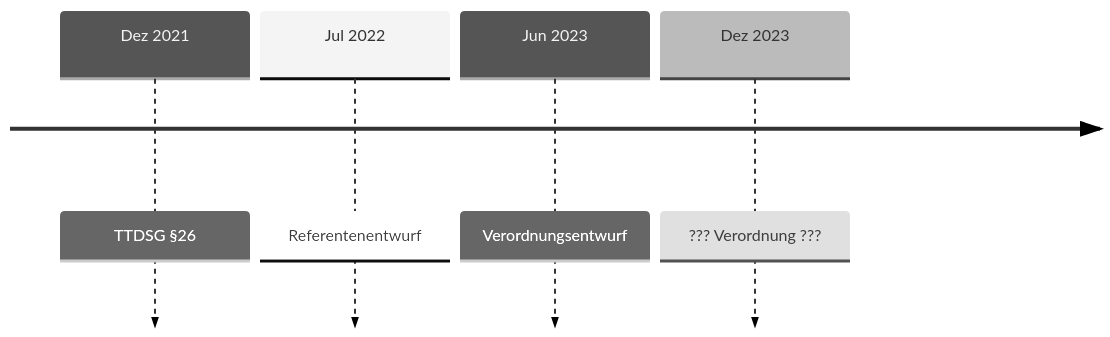
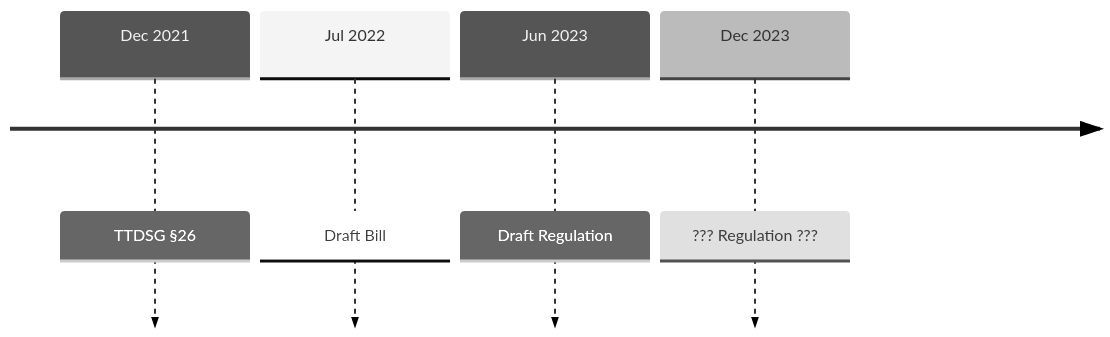
The second of 3 diagrams in README.md (openpims/openpims), drawn with Mermaid (neutral theme) before and after one commit. The commit also changed other lines of this file, not shown here.

````diff
--- a/README.md
+++ b/README.md
@@ -17,7 +17,7 @@
 ```mermaid
   timeline
-    Dez 2021 : TTDSG §26
-    Jul 2022 : Referentenentwurf
-    Jun 2023 : Verordnungsentwurf
-    Dez 2023 : ??? Verordnung ???
-```  
+    Dec 2021 : TTDSG §26
+    Jul 2022 : Draft Bill
+    Jun 2023 : Draft Regulation
+    Dec 2023 : ??? Regulation ???
+```
````
